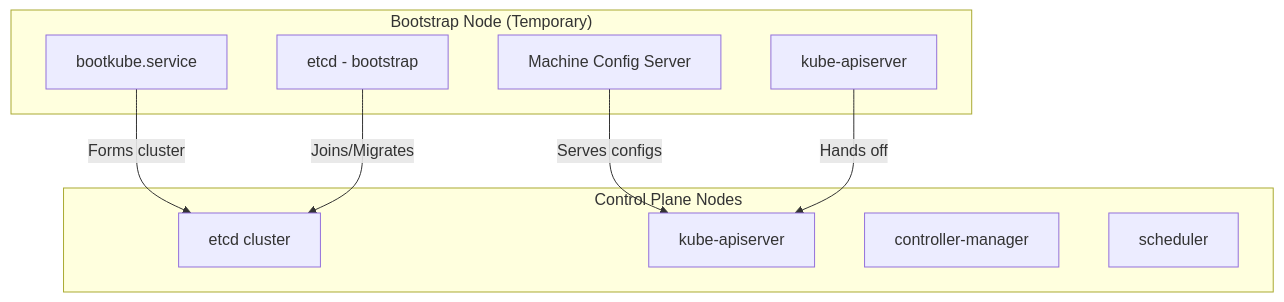
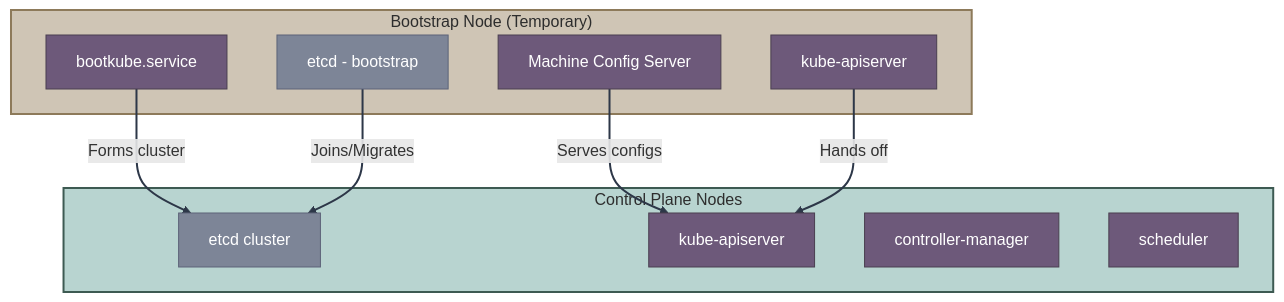
Before and after one commit to zszabo-rh/openshift-install-guide: the third of 3 diagrams in 02-traditional-installers/ipi.md, drawn with Mermaid. The commit also changed other lines of this file and 16 other files, not shown here.

Commit message:
improved diagram style

````diff
--- a/02-traditional-installers/ipi.md
+++ b/02-traditional-installers/ipi.md
@@ -158,21 +179,35 @@
 ```mermaid
 graph TB
-    subgraph "Bootstrap Node (Temporary)"
+    subgraph bootstrap["Bootstrap Node (Temporary)"]
         MCS[Machine Config Server]
         ETCD_BOOT[etcd - bootstrap]
         API_BOOT[kube-apiserver]
         BOOTKUBE[bootkube.service]
     end
     
-    subgraph "Control Plane Nodes"
+    subgraph controlplane["Control Plane Nodes"]
         ETCD[etcd cluster]
         API[kube-apiserver]
         CM[controller-manager]
         SCHED[scheduler]
     end
     
     BOOTKUBE -->|"Forms cluster"| ETCD
     ETCD_BOOT -->|"Joins/Migrates"| ETCD
     MCS -->|"Serves configs"| API
     API_BOOT -->|"Hands off"| API
+    
+    style MCS fill:#6d597a,stroke:#4a3f50,color:#fff
+    style ETCD_BOOT fill:#7d8597,stroke:#5c6378,color:#fff
+    style API_BOOT fill:#6d597a,stroke:#4a3f50,color:#fff
+    style BOOTKUBE fill:#6d597a,stroke:#4a3f50,color:#fff
+    style ETCD fill:#7d8597,stroke:#5c6378,color:#fff
+    style API fill:#6d597a,stroke:#4a3f50,color:#fff
+    style CM fill:#6d597a,stroke:#4a3f50,color:#fff
+    style SCHED fill:#6d597a,stroke:#4a3f50,color:#fff
+    
+    style bootstrap fill:#cfc5b5,stroke:#8d7a5a,stroke-width:2px,color:#2d2d2d
+    style controlplane fill:#b8d4d0,stroke:#3d5a52,stroke-width:2px,color:#2d2d2d
+    
+    linkStyle default stroke:#2d3748,stroke-width:2px
 ```
````
